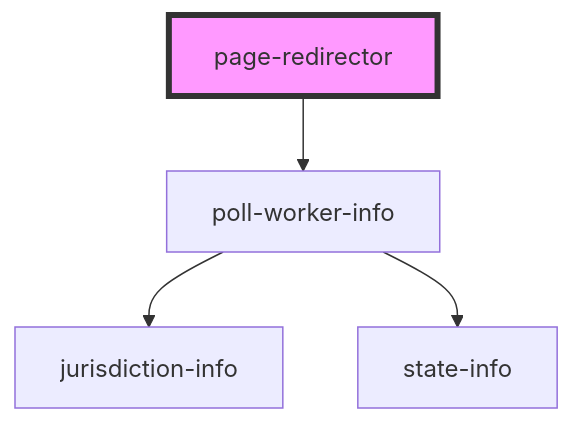
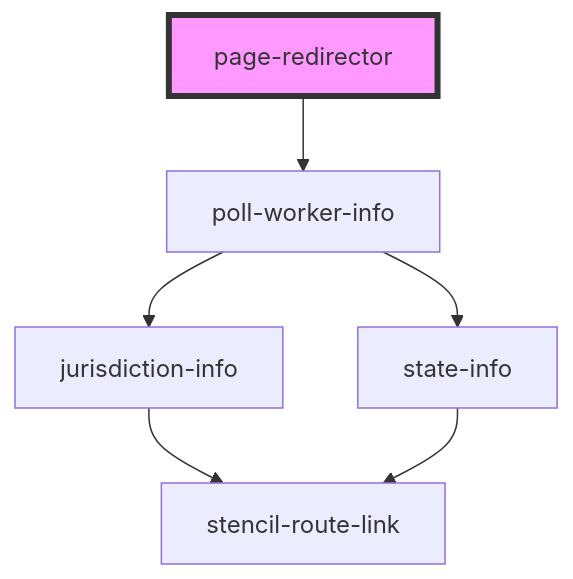
Before and after one commit to pizza-to-the-polls/power-the-polls: the diagram in site/src/components/page-redirector/readme.md, drawn with Mermaid. The commit also changed 8 other files, not shown here.

````diff
--- a/site/src/components/page-redirector/readme.md
+++ b/site/src/components/page-redirector/readme.md
@@ -15,7 +15,9 @@
 ```mermaid
 graph TD;
   page-redirector --> poll-worker-info
   poll-worker-info --> jurisdiction-info
   poll-worker-info --> state-info
+  jurisdiction-info --> stencil-route-link
+  state-info --> stencil-route-link
   style page-redirector fill:#f9f,stroke:#333,stroke-width:4px
 ```
````
